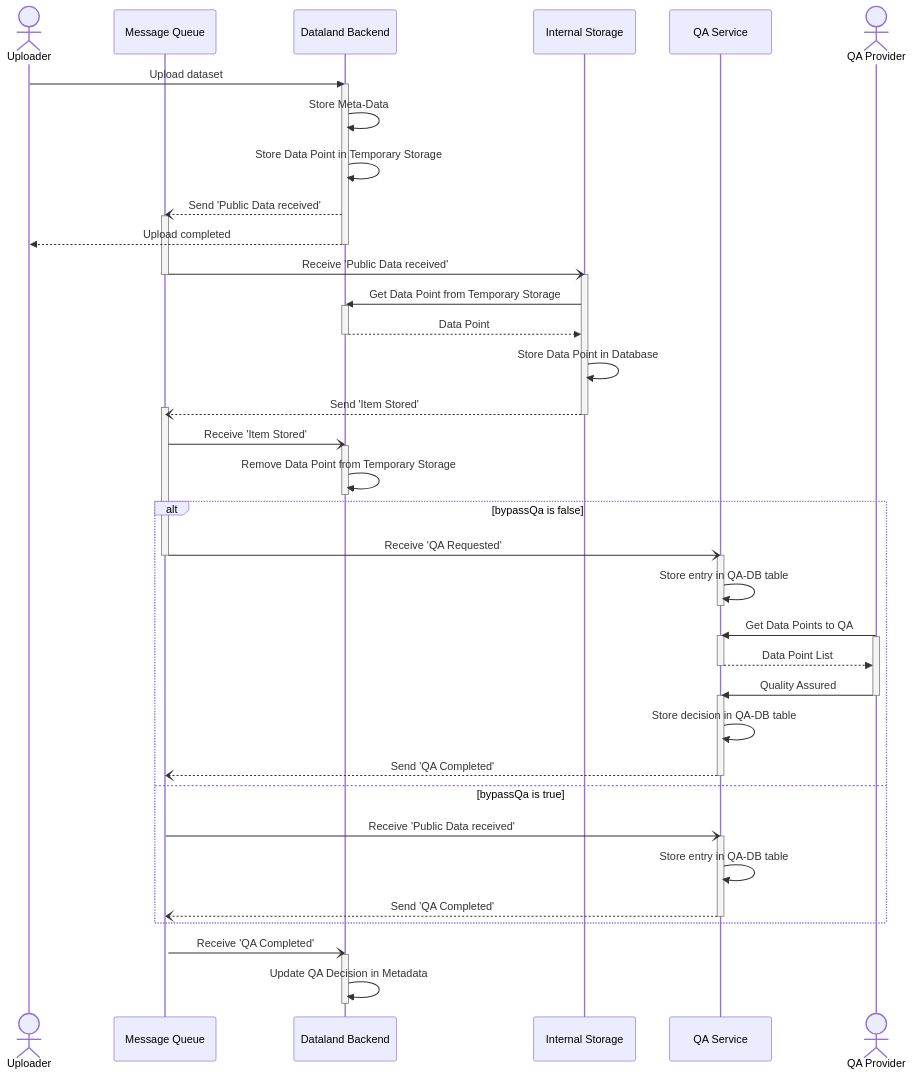
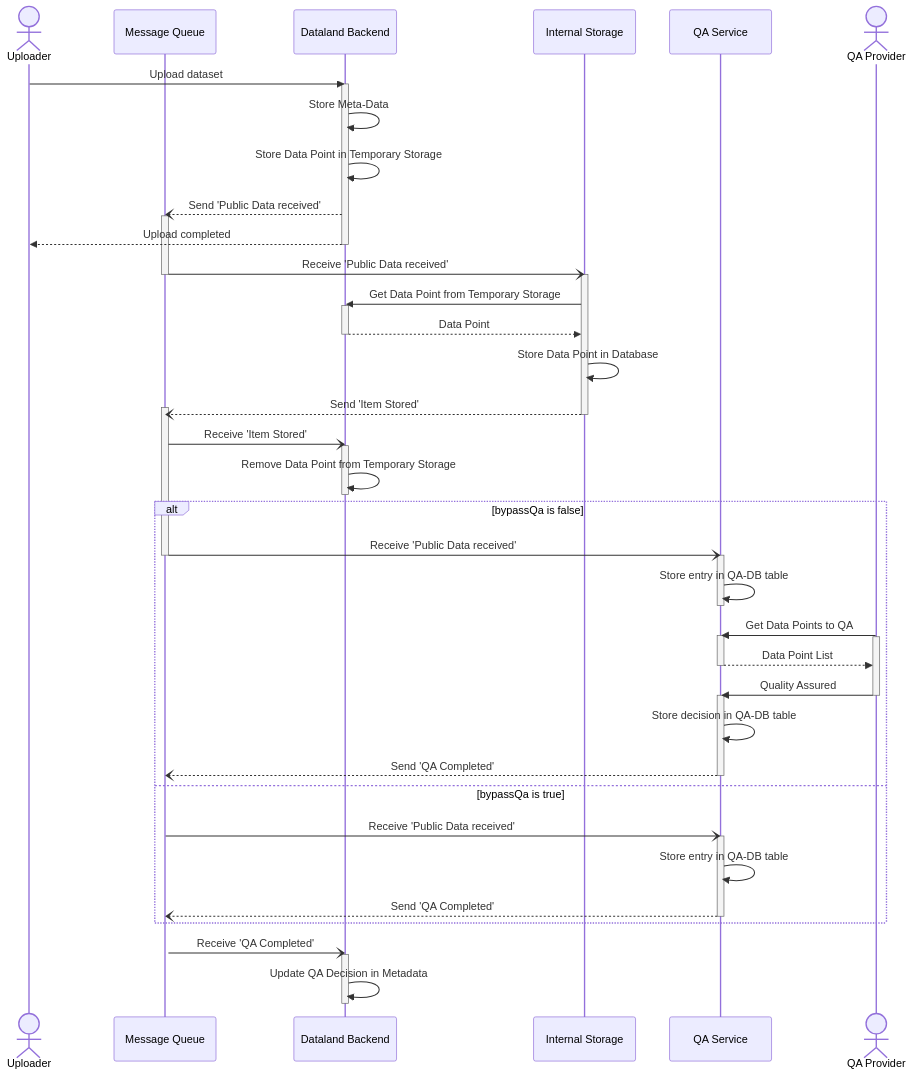
The diagram in documentation/processes/data_point_upload_process.md (d-fine/Dataland), drawn with Mermaid before and after one commit. The commit also changed other lines of this file and 7 other files, not shown here.

````diff
--- a/documentation/processes/data_point_upload_process.md
+++ b/documentation/processes/data_point_upload_process.md
@@ -11,68 +11,68 @@
 ```mermaid
 sequenceDiagram
     actor Uploader
     participant mq as Message Queue
     participant backend as Dataland Backend
     participant storage as Internal Storage
     participant qaService as QA Service
     actor qaler as QA Provider
 
     Uploader ->> backend: Upload dataset
     activate backend
     backend ->> backend: Store Meta-Data
     backend ->> backend: Store Data Point in Temporary Storage
     backend --) mq: Send 'Public Data received'
     activate mq
     backend -->> Uploader: Upload completed
     deactivate backend
 
     mq -) storage: Receive 'Public Data received'
     deactivate mq
     activate storage
     storage ->> backend: Get Data Point from Temporary Storage
     activate backend
     backend -->> storage: Data Point
     deactivate backend
     storage ->> storage: Store Data Point in Database
     storage --) mq: Send 'Item Stored'
     activate mq
     deactivate storage
 
     mq -) backend: Receive 'Item Stored'
     activate backend
     backend ->> backend: Remove Data Point from Temporary Storage
     deactivate backend
     alt bypassQa is false
-        mq -) qaService: Receive 'QA Requested'
+        mq -) qaService: Receive 'Public Data received'
         deactivate mq
         activate qaService
         qaService ->> qaService: Store entry in QA-DB table
         deactivate qaService
 
         qaler ->> qaService: Get Data Points to QA
         activate qaService
         activate qaler
         qaService -->> qaler: Data Point List
         deactivate qaService
         qaler ->> qaService: Quality Assured
         deactivate qaler
         activate qaService
         qaService ->> qaService: Store decision in QA-DB table
 
         qaService --) mq: Send 'QA Completed'
         deactivate qaService
 
     else bypassQa is true
         mq -) qaService: Receive 'Public Data received'
         activate qaService
         qaService ->> qaService: Store entry in QA-DB table
         qaService --) mq: Send 'QA Completed'
         activate mq
         deactivate qaService
     end
 
     mq -) backend: Receive 'QA Completed'
     activate backend
     backend ->> backend: Update QA Decision in Metadata
     deactivate backend
 ```
````
